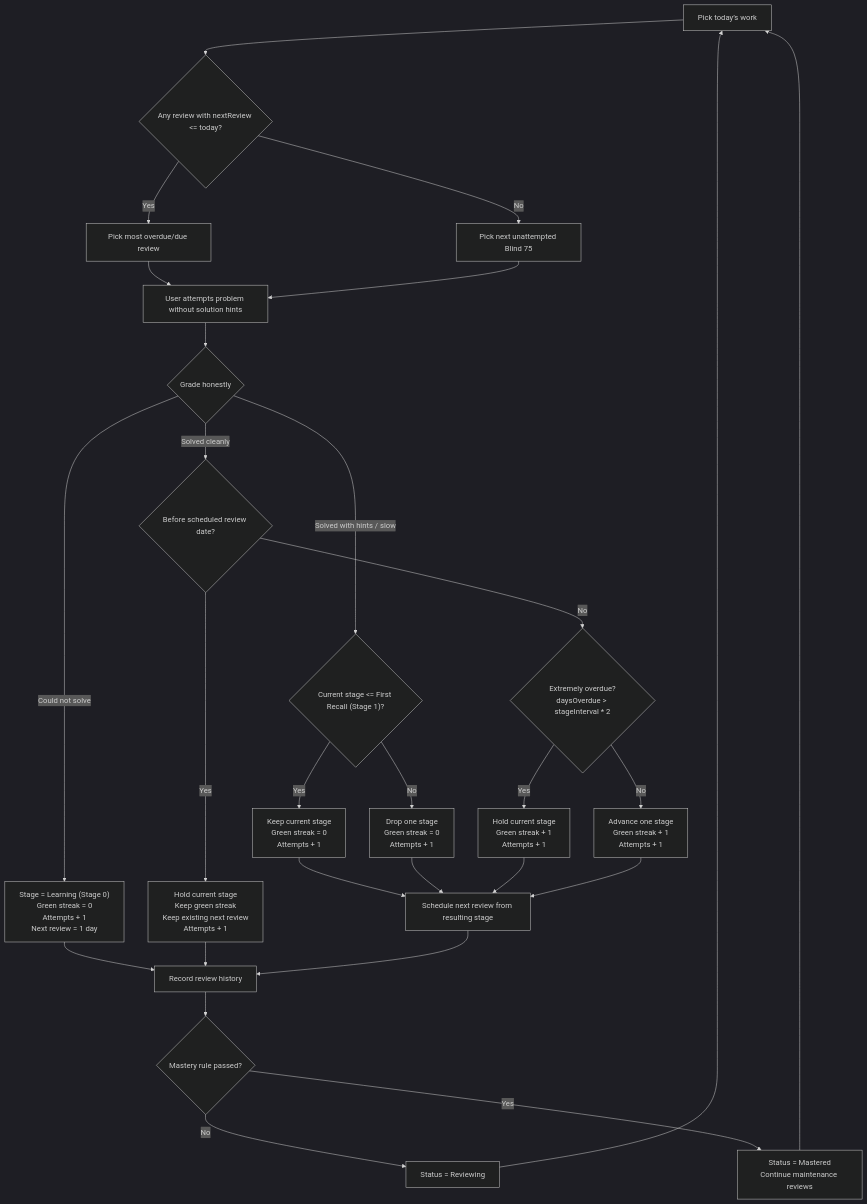
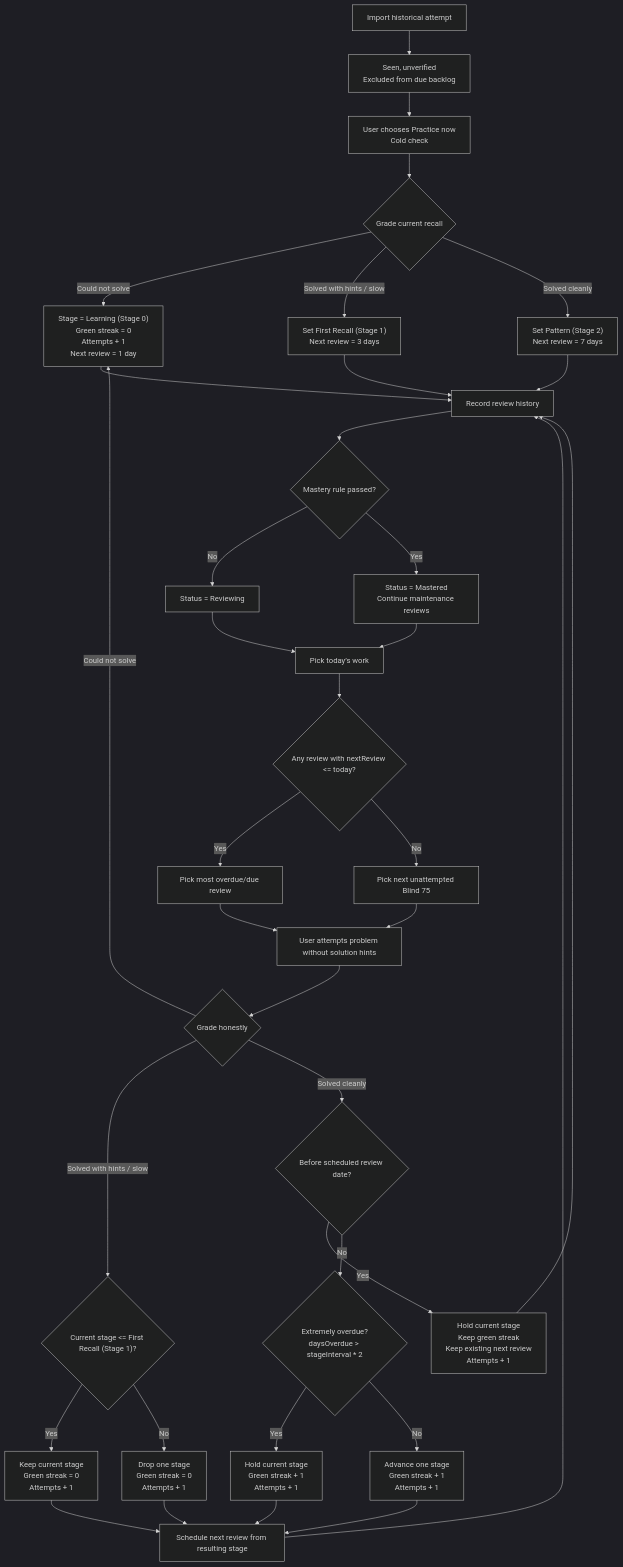
Before and after one commit to shab95/leetcode-tracker: the diagram in docs/review-algorithm.md, drawn with Mermaid (dark theme). The commit also changed other lines of this file and 21 other files, not shown here.

````diff
--- a/docs/review-algorithm.md
+++ b/docs/review-algorithm.md
@@ -32,35 +40,44 @@
 ```mermaid
 flowchart TD
+  U["Import historical attempt"] --> V["Seen, unverified<br/>Excluded from due backlog"]
+  V --> W["User chooses Practice now<br/>Cold check"]
+  W --> X{"Grade current recall"}
+  X -->|Could not solve| G
+  X -->|Solved with hints / slow| X1["Set First Recall (Stage 1)<br/>Next review = 3 days"]
+  X -->|Solved cleanly| X2["Set Pattern (Stage 2)<br/>Next review = 7 days"]
+  X1 --> Q
+  X2 --> Q
+
   A["Pick today’s work"] --> B{"Any review with nextReview <= today?"}
   B -->|Yes| C["Pick most overdue/due review"]
   B -->|No| D["Pick next unattempted Blind 75"]
   C --> E["User attempts problem without solution hints"]
   D --> E
   E --> F{"Grade honestly"}
 
   F -->|Could not solve| G["Stage = Learning (Stage 0)<br/>Green streak = 0<br/>Attempts + 1<br/>Next review = 1 day"]
   F -->|Solved with hints / slow| H{"Current stage <= First Recall (Stage 1)?"}
   H -->|Yes| I["Keep current stage<br/>Green streak = 0<br/>Attempts + 1"]
   H -->|No| J["Drop one stage<br/>Green streak = 0<br/>Attempts + 1"]
 
   F -->|Solved cleanly| K{"Before scheduled review date?"}
   K -->|Yes| L["Hold current stage<br/>Keep green streak<br/>Keep existing next review<br/>Attempts + 1"]
   K -->|No| M{"Extremely overdue?<br/>daysOverdue > stageInterval * 2"}
   M -->|Yes| N["Hold current stage<br/>Green streak + 1<br/>Attempts + 1"]
   M -->|No| O["Advance one stage<br/>Green streak + 1<br/>Attempts + 1"]
 
   I --> P["Schedule next review from resulting stage"]
   J --> P
   N --> P
   O --> P
   G --> Q["Record review history"]
   L --> Q
   P --> Q
 
   Q --> R{"Mastery rule passed?"}
   R -->|No| S["Status = Reviewing"]
   R -->|Yes| T["Status = Mastered<br/>Continue maintenance reviews"]
 
   S --> A
   T --> A
 ```
````
